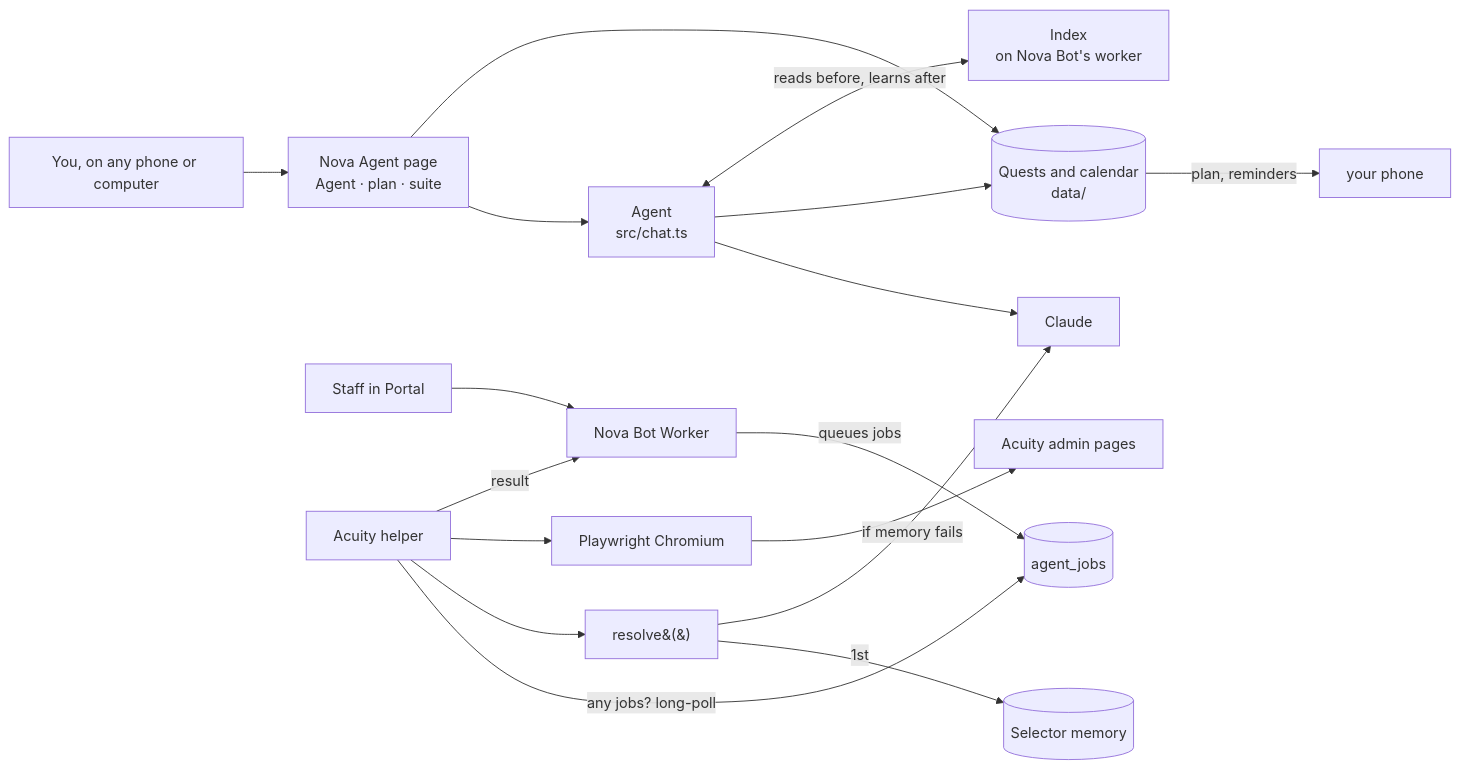
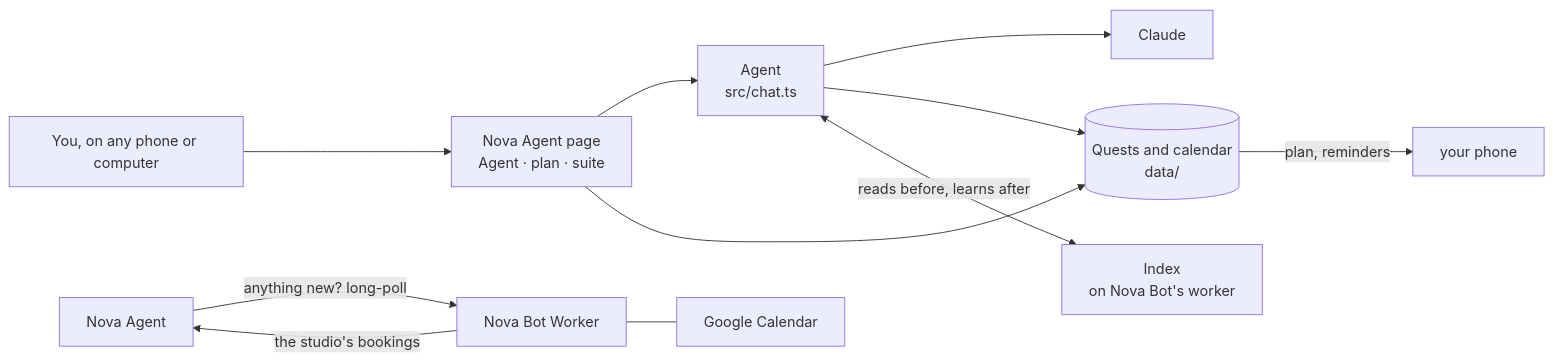
One commit to tuniveza/nova-agent changed the diagram in README.md. Above: the diagram before and after it, drawn with Mermaid. The commit also changed other lines of this file and 38 other files, not shown here.

````diff
--- a/README.md
+++ b/README.md
@@ -547,16 +530,12 @@
 ```mermaid
 flowchart LR
     You[You, on any phone or computer] --> UI[Nova Agent page<br/>Agent · plan · suite]
     UI --> Chat[Agent<br/>src/chat.ts] --> Claude[Claude]
     Chat --> Q[(Quests and calendar<br/>data/)]
     UI --> Q
     Chat <-->|reads before, learns after| NI[Index<br/>on Nova Bot's worker]
     Q -->|plan, reminders| Phone[your phone]
-    S[Staff in Portal] --> NB[Nova Bot Worker]
-    NB -->|queues jobs| J[(agent_jobs)]
-    NA[Acuity helper] -->|"any jobs?" long-poll| J
-    NA --> R[resolve&#40;&#41;] -->|1st| M[(Selector memory)]
-    R -->|if memory fails| Claude
-    NA --> B[Playwright Chromium] --> A[Acuity admin pages]
-    NA -->|result| NB
+    NA[Nova Agent] -->|"anything new?" long-poll| NB[Nova Bot Worker]
+    NB -->|the studio's bookings| NA
+    NB --- G[Google Calendar]
 ```
````
